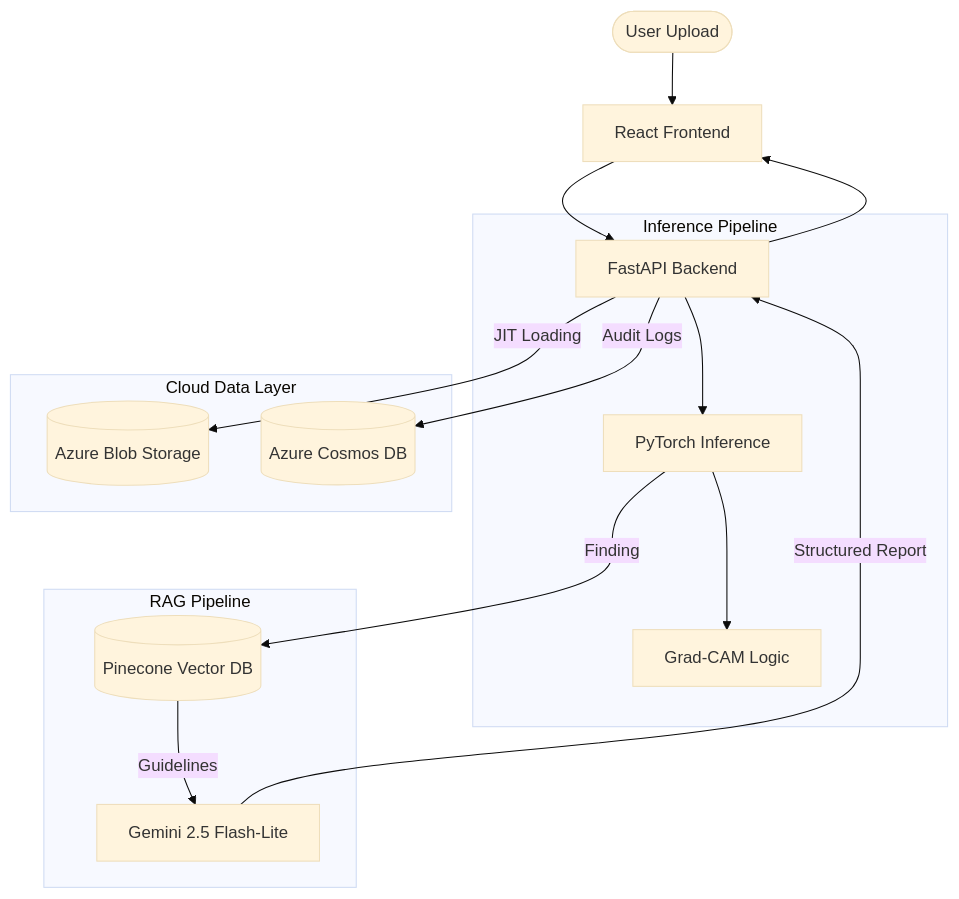
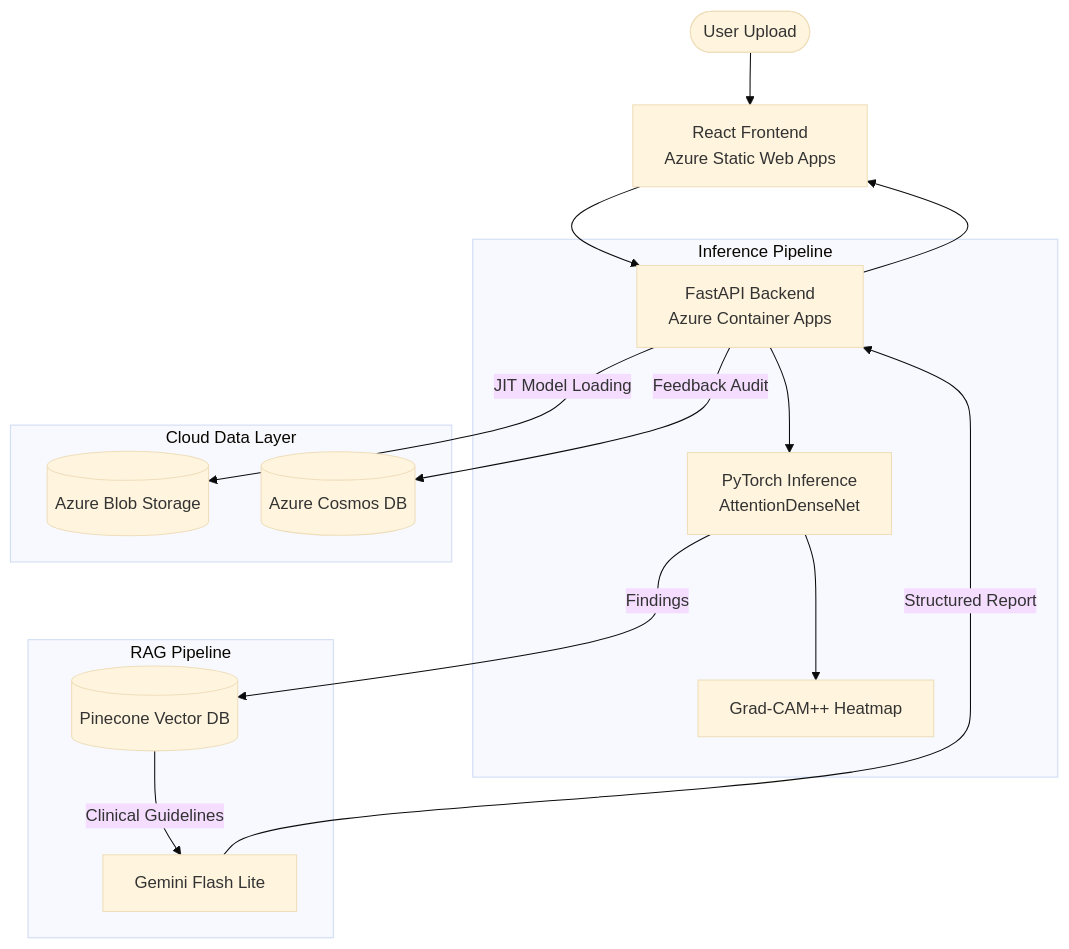
Before and after one commit to anaCS-26/Pulmolens-model: the diagram in README.md, drawn with Mermaid (base theme). The commit also changed other lines of this file and 5 other files, not shown here.

First line of the commit message:
refactor: production cleanup - migrate to logging, update Gemini model, fix CORS, update README

````diff
--- a/README.md
+++ b/README.md
@@ -28,23 +32,23 @@
 ```mermaid
 graph TD
-    User([User Upload]) --> FE[React Frontend]
-    FE --> BE[FastAPI Backend]
+    User([User Upload]) --> FE[React Frontend<br/>Azure Static Web Apps]
+    FE --> BE[FastAPI Backend<br/>Azure Container Apps]
     
     subgraph "Inference Pipeline"
-        BE --> DL[PyTorch Inference]
-        DL --> CAM[Grad-CAM Logic]
+        BE --> DL[PyTorch Inference<br/>AttentionDenseNet]
+        DL --> CAM[Grad-CAM++ Heatmap]
     end
     
     subgraph "RAG Pipeline"
-        DL -- Finding --> VDB[(Pinecone Vector DB)]
-        VDB -- Guidelines --> LLM[Gemini 2.5 Flash-Lite]
+        DL -- Findings --> VDB[(Pinecone Vector DB)]
+        VDB -- Clinical Guidelines --> LLM[Gemini Flash Lite]
         LLM -- Structured Report --> BE
     end
     
     subgraph "Cloud Data Layer"
-        BE -- JIT Loading --> ABS[(Azure Blob Storage)]
-        BE -- Audit Logs --> Cosmos[(Azure Cosmos DB)]
+        BE -- JIT Model Loading --> ABS[(Azure Blob Storage)]
+        BE -- Feedback Audit --> Cosmos[(Azure Cosmos DB)]
     end
     
     BE --> FE
 ```
````
